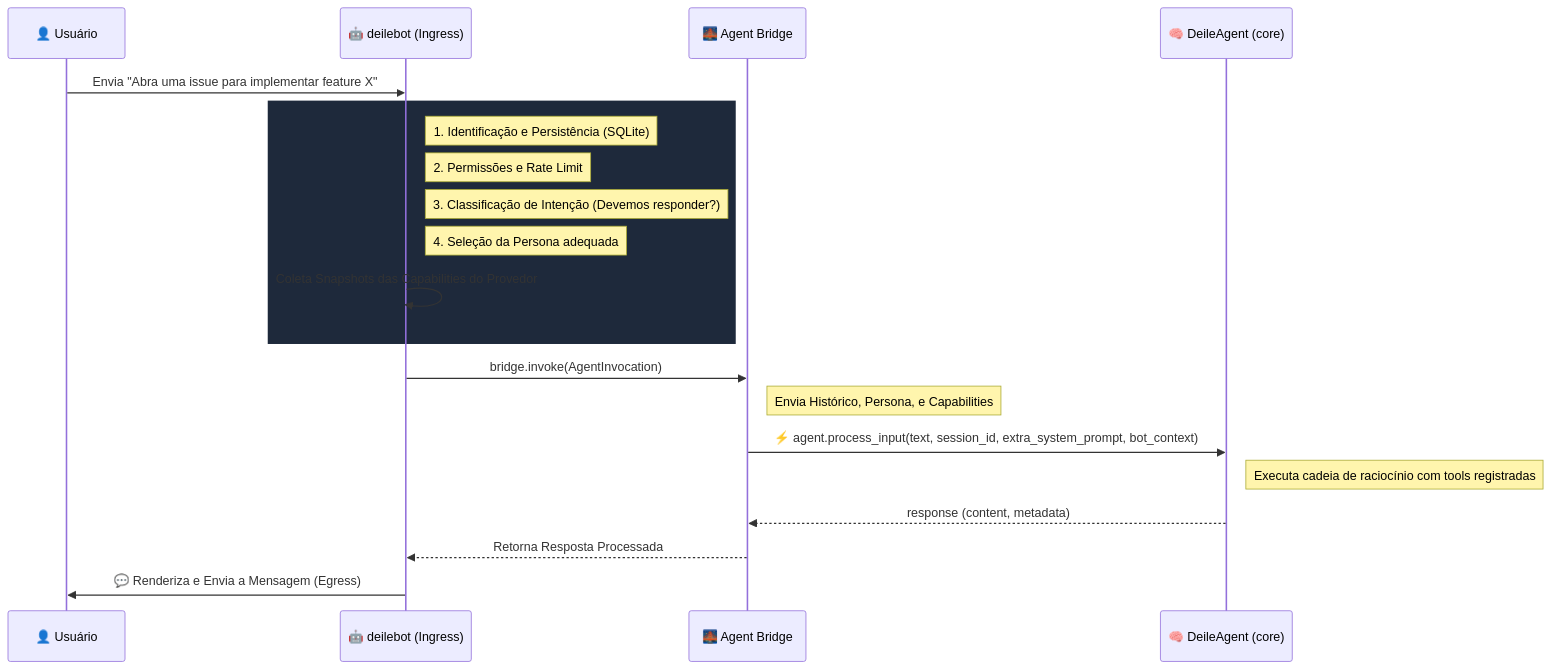
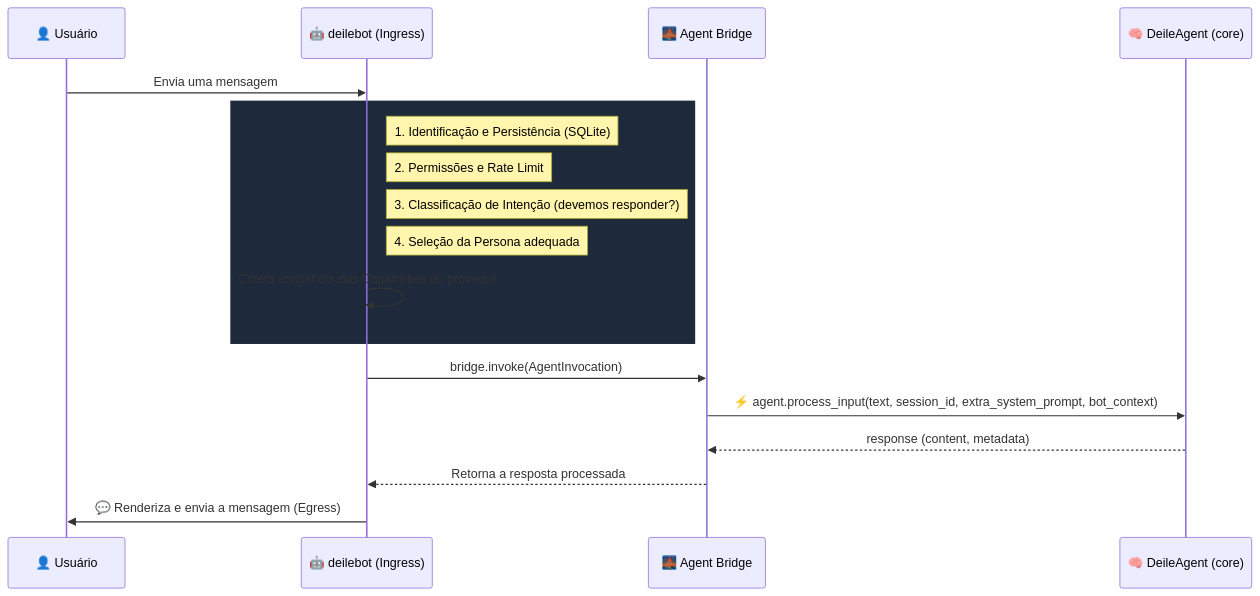
Before and after one commit to deile-one/deilebot: the first of 2 diagrams in README.md, drawn with Mermaid. The commit also changed other lines of this file and 7 other files, not shown here.

First line of the commit message:
feat(discord): GitHub login slash commands (PAT + OAuth device flow)

````diff
--- a/README.md
+++ b/README.md
@@ -32,27 +36,23 @@
 ```mermaid
 sequenceDiagram
     participant User as 👤 Usuário
     participant Bot as 🤖 deilebot (Ingress)
     participant Bridge as 🌉 Agent Bridge
     participant Deile as 🧠 DeileAgent (core)
 
-    User->>Bot: Envia "Abra uma issue para implementar feature X"
-    
+    User->>Bot: Envia uma mensagem
+
     rect rgb(30, 41, 59)
     Note right of Bot: 1. Identificação e Persistência (SQLite)
     Note right of Bot: 2. Permissões e Rate Limit
-    Note right of Bot: 3. Classificação de Intenção (Devemos responder?)
+    Note right of Bot: 3. Classificação de Intenção (devemos responder?)
     Note right of Bot: 4. Seleção da Persona adequada
-    Bot->>Bot: Coleta Snapshots das Capabilities do Provedor
+    Bot->>Bot: Coleta snapshots das Capabilities do provedor
     end
 
     Bot->>Bridge: bridge.invoke(AgentInvocation)
-    Note right of Bridge: Envia Histórico, Persona, e Capabilities
-    
     Bridge->>Deile: ⚡ agent.process_input(text, session_id, extra_system_prompt, bot_context)
-    Note right of Deile: Executa cadeia de raciocínio com tools registradas
     Deile-->>Bridge: response (content, metadata)
-    
-    Bridge-->>Bot: Retorna Resposta Processada
-    Bot->>User: 💬 Renderiza e Envia a Mensagem (Egress)
+    Bridge-->>Bot: Retorna a resposta processada
+    Bot->>User: 💬 Renderiza e envia a mensagem (Egress)
 ```
````
